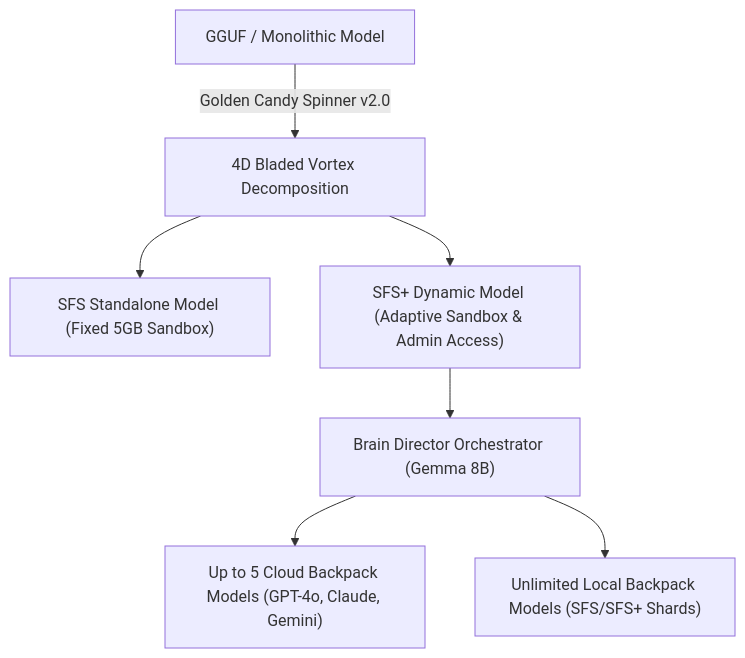
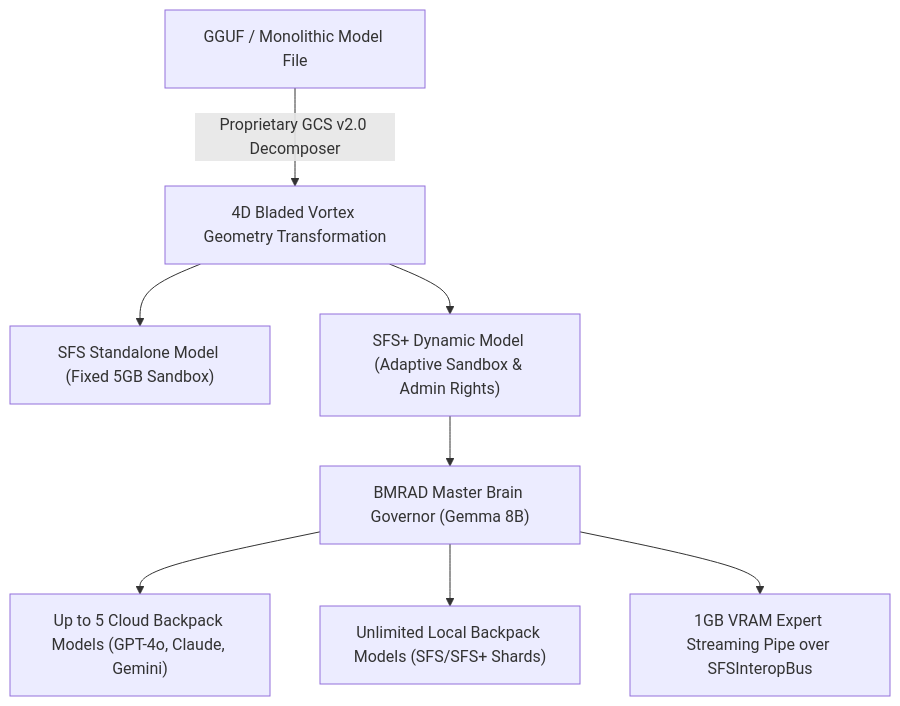
The diagram in docs/brochure.md (thomasjosh1981/Hyper-Spherical-Systems), drawn with Mermaid before and after one commit. The commit also changed other lines of this file and 1 other file, not shown here.

````diff
--- a/docs/brochure.md
+++ b/docs/brochure.md
@@ -14,9 +17,10 @@
 ```mermaid
 graph TD
-    A["GGUF / Monolithic Model"] -->|Golden Candy Spinner v2.0| B["4D Bladed Vortex Decomposition"]
+    A["GGUF / Monolithic Model File"] -->|Proprietary GCS v2.0 Decomposer| B["4D Bladed Vortex Geometry Transformation"]
     B --> C["SFS Standalone Model (Fixed 5GB Sandbox)"]
-    B --> D["SFS+ Dynamic Model (Adaptive Sandbox & Admin Access)"]
-    D --> E["Brain Director Orchestrator (Gemma 8B)"]
+    B --> D["SFS+ Dynamic Model (Adaptive Sandbox & Admin Rights)"]
+    D --> E["BMRAD Master Brain Governor (Gemma 8B)"]
     E --> F["Up to 5 Cloud Backpack Models (GPT-4o, Claude, Gemini)"]
     E --> G["Unlimited Local Backpack Models (SFS/SFS+ Shards)"]
+    E --> H["1GB VRAM Expert Streaming Pipe over SFSInteropBus"]
 ```
````
